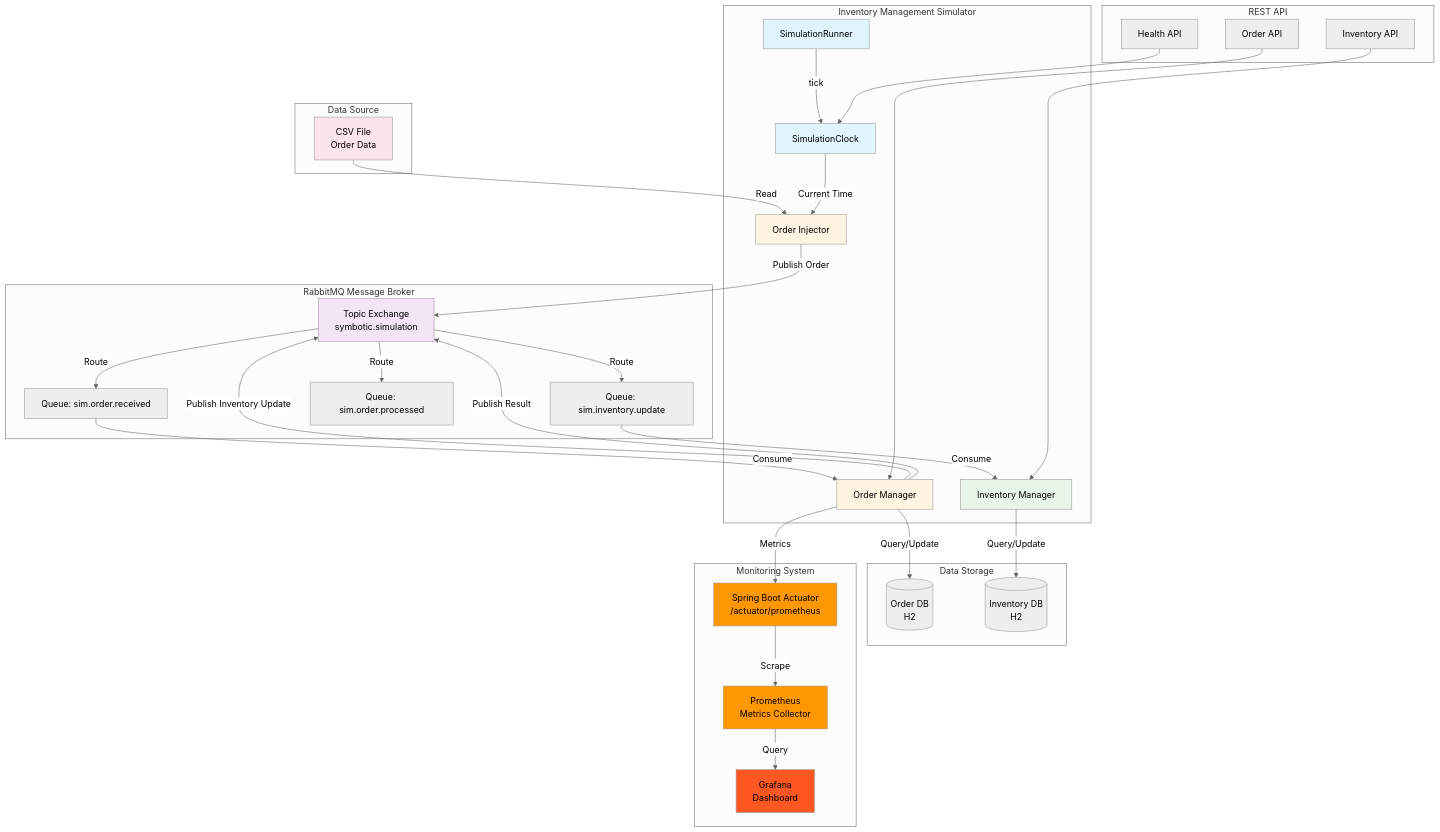
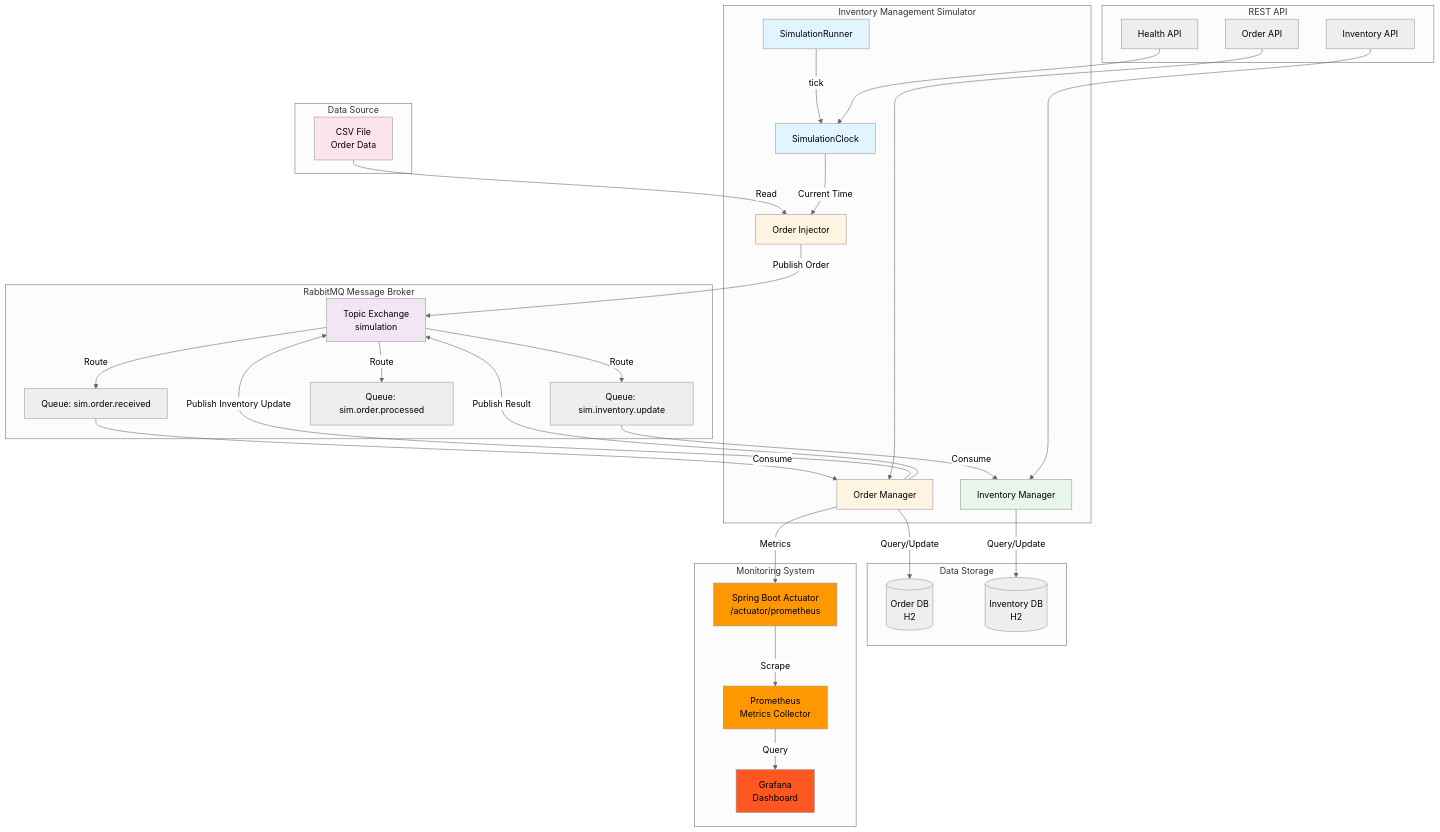
One commit to jasperlin1122203/Inventory changed the first of 9 diagrams in docs/ARCHITECTURE_DIAGRAM.md. Above: the diagram before and after it, drawn with Mermaid (neutral theme). The commit also changed 7 other files, not shown here.

````diff
--- a/docs/ARCHITECTURE_DIAGRAM.md
+++ b/docs/ARCHITECTURE_DIAGRAM.md
@@ -5,71 +5,71 @@
 ```mermaid
 graph TB
     subgraph "Inventory Management Simulator"
         SC[SimulationClock]
         SR[SimulationRunner]
         OI[Order Injector]
         OM[Order Manager]
         IM[Inventory Manager]
     end
     
     subgraph "Data Source"
         CSV[CSV File<br/>Order Data]
     end
     
     subgraph "RabbitMQ Message Broker"
-        EX[Topic Exchange<br/>symbotic.simulation]
+        EX[Topic Exchange<br/>simulation]
         Q1[Queue: sim.order.received]
         Q2[Queue: sim.inventory.update]
         Q3[Queue: sim.order.processed]
     end
     
     subgraph "Data Storage"
         DB1[(Order DB<br/>H2)]
         DB2[(Inventory DB<br/>H2)]
     end
     
     subgraph "REST API"
         API1[Order API]
         API2[Inventory API]
         API3[Health API]
     end
     
     subgraph "Monitoring System"
         ACT[Spring Boot Actuator<br/>/actuator/prometheus]
         PROM[Prometheus<br/>Metrics Collector]
         GRAF[Grafana<br/>Dashboard]
     end
     
     CSV -->|Read| OI
     SR -->|tick| SC
     SC -->|Current Time| OI
     OI -->|Publish Order| EX
     EX -->|Route| Q1
     Q1 -->|Consume| OM
     OM -->|Query/Update| DB1
     OM -->|Publish Inventory Update| EX
     EX -->|Route| Q2
     Q2 -->|Consume| IM
     IM -->|Query/Update| DB2
     OM -->|Publish Result| EX
     EX -->|Route| Q3
     
     API1 --> OM
     API2 --> IM
     API3 --> SC
     
     OM -->|Metrics| ACT
     ACT -->|Scrape| PROM
     PROM -->|Query| GRAF
     
     style SC fill:#e1f5ff
     style SR fill:#e1f5ff
     style OI fill:#fff4e1
     style OM fill:#fff4e1
     style IM fill:#e8f5e9
     style EX fill:#f3e5f5
     style CSV fill:#fce4ec
     style ACT fill:#ff9800
     style PROM fill:#ff9800
     style GRAF fill:#ff5722
 ```
````
